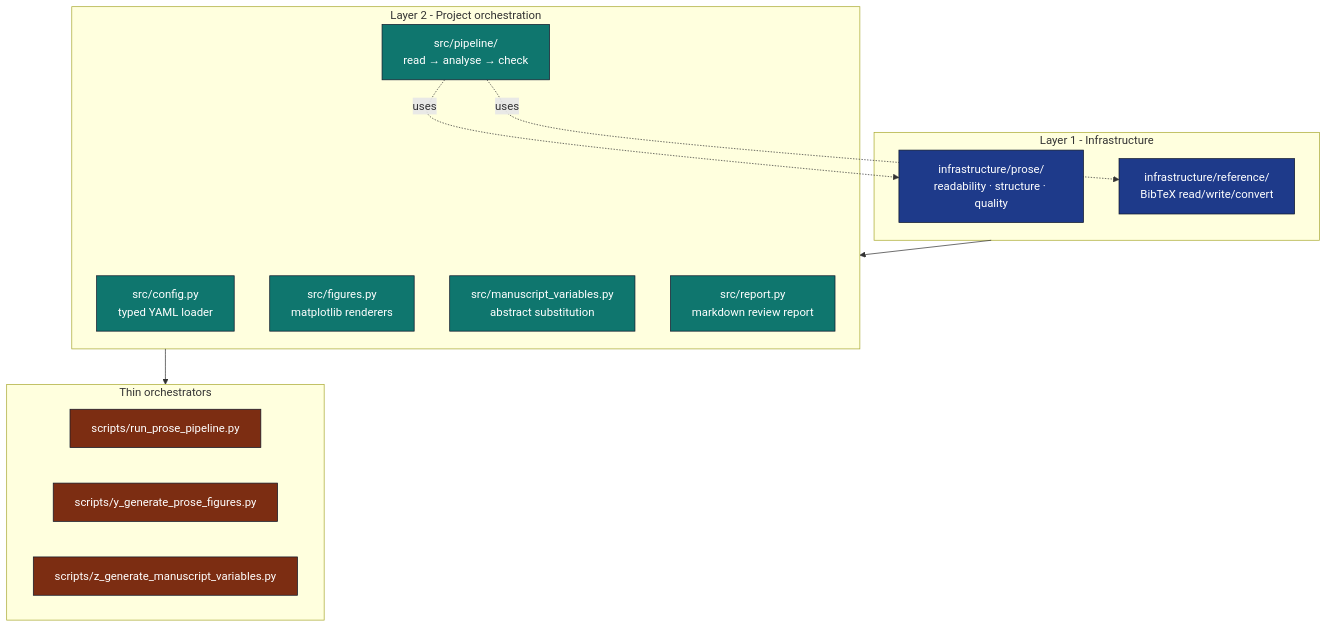
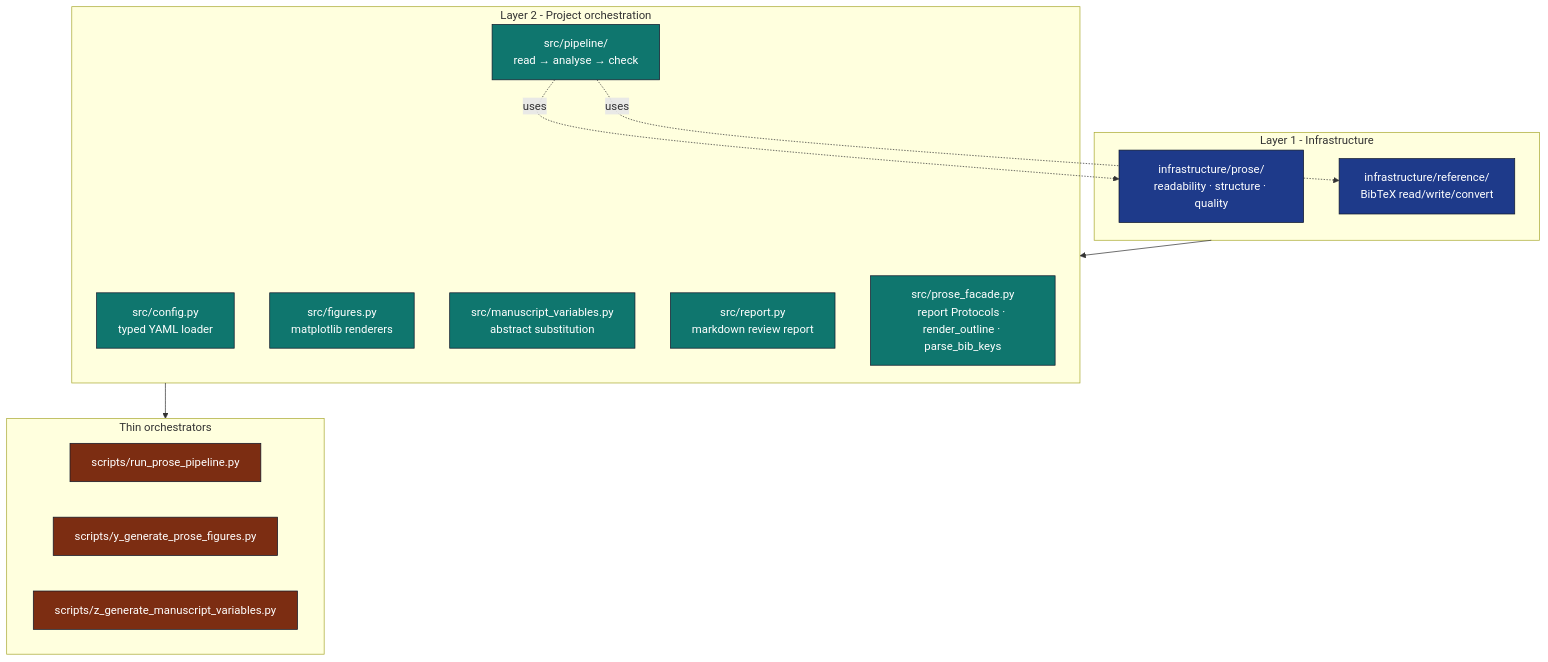
Before and after one commit to docxology/template: the first of 2 diagrams in projects/templates/template_prose_project/docs/architecture.md, drawn with Mermaid. The commit also changed 196 other files, not shown here.

````diff
--- a/projects/templates/template_prose_project/docs/architecture.md
+++ b/projects/templates/template_prose_project/docs/architecture.md
@@ -5,34 +5,35 @@
 ```mermaid
 flowchart TB
     subgraph L1 [Layer 1 - Infrastructure]
         PROSE["infrastructure/prose/<br/>readability · structure · quality"]
         REF["infrastructure/reference/<br/>BibTeX read/write/convert"]
     end
 
     subgraph L2 [Layer 2 - Project orchestration]
         CFG["src/config.py<br/>typed YAML loader"]
         PIPE["src/pipeline/<br/>read → analyse → check"]
         FIG["src/figures.py<br/>matplotlib renderers"]
         MV["src/manuscript_variables.py<br/>abstract substitution"]
         REP["src/report.py<br/>markdown review report"]
+        PF["src/prose_facade.py<br/>report Protocols · render_outline · parse_bib_keys"]
     end
 
     subgraph SCR [Thin orchestrators]
         S1[scripts/run_prose_pipeline.py]
         S2[scripts/y_generate_prose_figures.py]
         S3[scripts/z_generate_manuscript_variables.py]
     end
 
     L1 --> L2
     L2 --> SCR
 
     PIPE -.uses.-> PROSE
     PIPE -.uses.-> REF
 
     classDef l1 fill:#1e3a8a,stroke:#0f172a,color:#fff
     classDef l2 fill:#0f766e,stroke:#0f172a,color:#fff
     classDef sc fill:#7c2d12,stroke:#0f172a,color:#fff
     class PROSE,REF l1
-    class CFG,PIPE,FIG,MV,REP l2
+    class CFG,PIPE,FIG,MV,REP,PF l2
     class S1,S2,S3 sc
 ```
````
